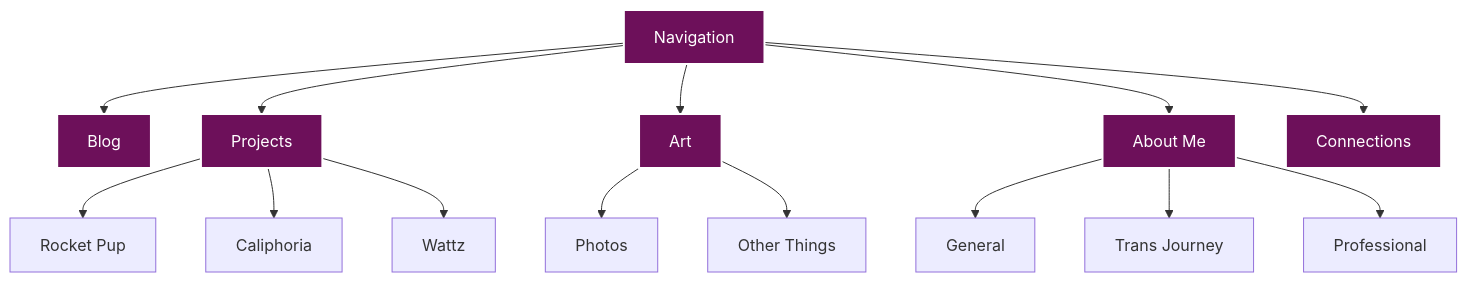
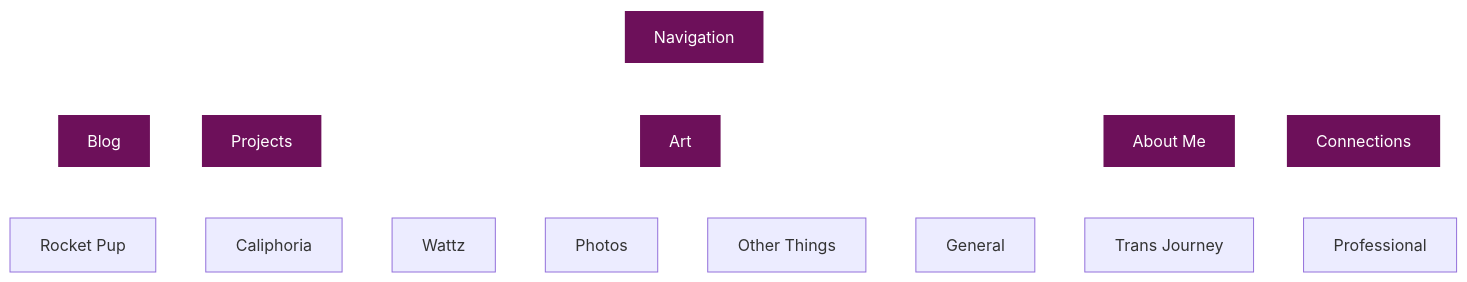
Before and after one commit to radicalkjax/blog: the sixth of 7 diagrams in MIGRATION_DOCUMENTATION.md, drawn with Mermaid. The commit also changed other lines of this file, not shown here.

````diff
--- a/MIGRATION_DOCUMENTATION.md
+++ b/MIGRATION_DOCUMENTATION.md
@@ -235,26 +248,28 @@
 ```mermaid
 graph TD
     A[Navigation] --> B[Blog]
     A --> C[Projects]
     A --> D[Art]
     A --> E[About Me]
     A --> F[Connections]
     
     C --> C1[Rocket Pup]
     C --> C2[Caliphoria]
     C --> C3[Wattz]
     
     D --> D1[Photos]
     D --> D2[Other Things]
     
     E --> E1[General]
     E --> E2[Trans Journey]
     E --> E3[Professional]
     
     style A fill:#6d105a,stroke:#fff,stroke-width:2px,color:#fff
     style B fill:#6d105a,stroke:#fff,stroke-width:2px,color:#fff
     style C fill:#6d105a,stroke:#fff,stroke-width:2px,color:#fff
     style D fill:#6d105a,stroke:#fff,stroke-width:2px,color:#fff
     style E fill:#6d105a,stroke:#fff,stroke-width:2px,color:#fff
     style F fill:#6d105a,stroke:#fff,stroke-width:2px,color:#fff
+    
+    linkStyle 0,1,2,3,4,5,6,7,8,9,10,11,12 stroke:#fff,stroke-width:2px;
 ```
````
